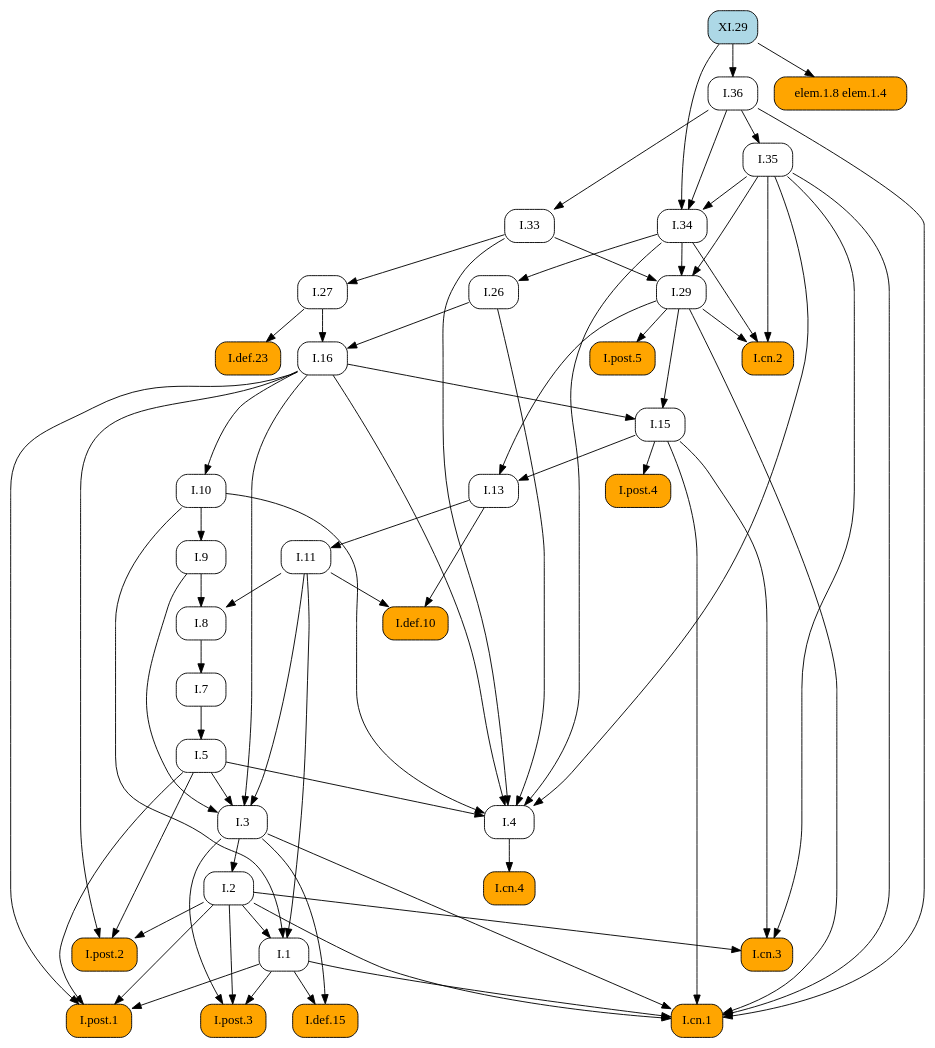
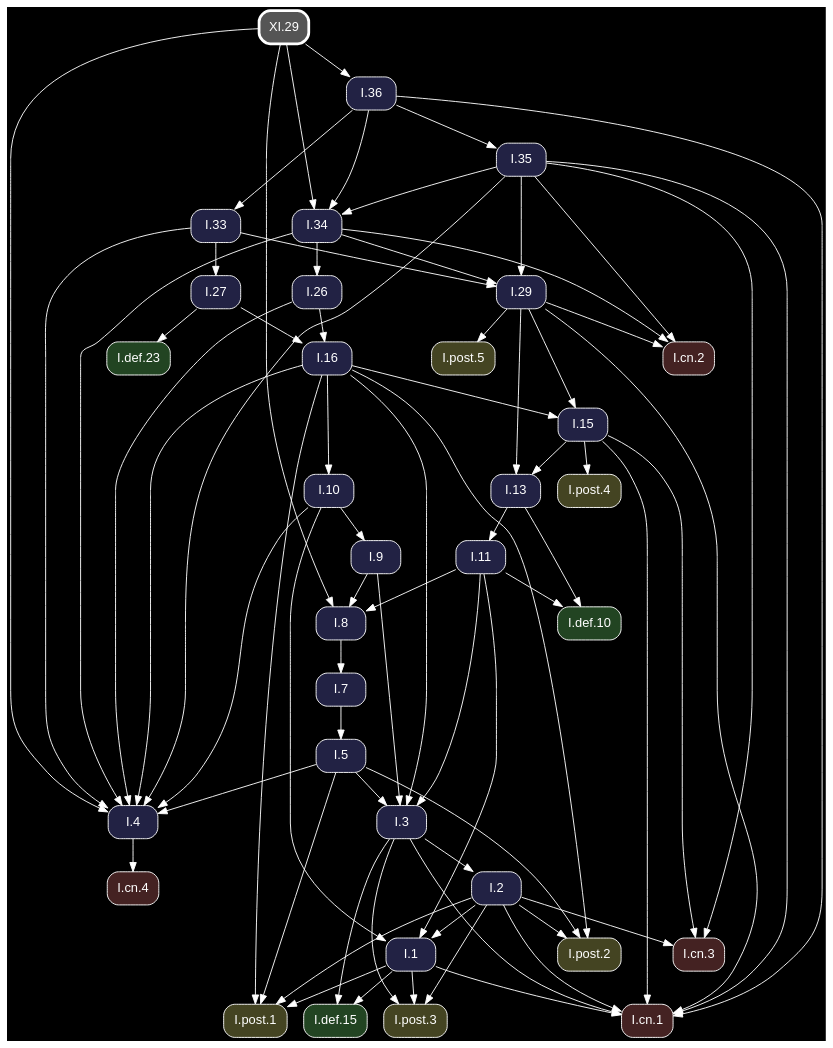
Before and after one commit to geometor/elements: the diagram in docsrc/heath/XI/29/index.rst, drawn with Graphviz. The commit also changed other lines of this file and 1200 other files, not shown here.

Commit message:
update dependency graphs

```diff
--- a/docsrc/heath/XI/29/index.rst
+++ b/docsrc/heath/XI/29/index.rst
@@ -39,65 +39,47 @@
 .. graphviz::
 
    digraph {
+     bgcolor="black";
+     node [shape=box, style="rounded,filled", fontname="Helvetica", color="white", fontcolor="white"];
+     edge [color="white", fontcolor="white"];
      rankdir="TB";
-     node [shape=box, style=rounded];
-     "I.9" [URL="/heath/I/9/", target="_top"];
-     "I.33" [URL="/heath/I/33/", target="_top"];
-     "I.def.15" [style="rounded,filled", fillcolor=orange, URL="/heath/I/def.15/", target="_top"];
-     "I.post.3" [style="rounded,filled", fillcolor=orange, URL="/heath/I/post.3/", target="_top"];
-     "I.post.1" [style="rounded,filled", fillcolor=orange, URL="/heath/I/post.1/", target="_top"];
-     "I.def.10" [style="rounded,filled", fillcolor=orange, URL="/heath/I/def.10/", target="_top"];
-     "elem.1.8 elem.1.4" [style="rounded,filled", fillcolor=orange];
-     "I.27" [URL="/heath/I/27/", target="_top"];
-     "I.34" [URL="/heath/I/34/", target="_top"];
-     "I.3" [URL="/heath/I/3/", target="_top"];
-     "I.35" [URL="/heath/I/35/", target="_top"];
-     "I.cn.1" [style="rounded,filled", fillcolor=orange, URL="/heath/I/cn.1/", target="_top"];
-     "I.7" [URL="/heath/I/7/", target="_top"];
-     "I.2" [URL="/heath/I/2/", target="_top"];
-     "I.36" [URL="/heath/I/36/", target="_top"];
-     "I.13" [URL="/heath/I/13/", target="_top"];
-     "I.post.4" [style="rounded,filled", fillcolor=orange, URL="/heath/I/post.4/", target="_top"];
-     "I.4" [URL="/heath/I/4/", target="_top"];
-     "I.1" [URL="/heath/I/1/", target="_top"];
-     "I.5" [URL="/heath/I/5/", target="_top"];
-     "I.8" [URL="/heath/I/8/", target="_top"];
-     "I.cn.3" [style="rounded,filled", fillcolor=orange, URL="/heath/I/cn.3/", target="_top"];
-     "I.29" [URL="/heath/I/29/", target="_top"];
-     "I.16" [URL="/heath/I/16/", target="_top"];
-     "I.15" [URL="/heath/I/15/", target="_top"];
-     "XI.29" [style="rounded,filled", fillcolor=lightblue, URL="/heath/XI/29/", target="_top"];
-     "I.10" [URL="/heath/I/10/", target="_top"];
-     "I.11" [URL="/heath/I/11/", target="_top"];
-     "I.def.23" [style="rounded,filled", fillcolor=orange, URL="/heath/I/def.23/", target="_top"];
-     "I.cn.2" [style="rounded,filled", fillcolor=orange, URL="/heath/I/cn.2/", target="_top"];
-     "I.post.5" [style="rounded,filled", fillcolor=orange, URL="/heath/I/post.5/", target="_top"];
-     "I.cn.4" [style="rounded,filled", fillcolor=orange, URL="/heath/I/cn.4/", target="_top"];
-     "I.post.2" [style="rounded,filled", fillcolor=orange, URL="/heath/I/post.2/", target="_top"];
-     "I.26" [URL="/heath/I/26/", target="_top"];
-     "I.10" -> "I.9";
-     "I.36" -> "I.33";
-     "I.1" -> "I.def.15";
-     "I.3" -> "I.def.15";
-     "I.1" -> "I.post.3";
-     "I.2" -> "I.post.3";
-     "I.3" -> "I.post.3";
-     "I.1" -> "I.post.1";
-     "I.2" -> "I.post.1";
-     "I.5" -> "I.post.1";
-     "I.16" -> "I.post.1";
-     "I.11" -> "I.def.10";
-     "I.13" -> "I.def.10";
-     "XI.29" -> "elem.1.8 elem.1.4";
-     "I.33" -> "I.27";
-     "I.35" -> "I.34";
-     "I.36" -> "I.34";
-     "XI.29" -> "I.34";
+     "I.3" [fillcolor="#222244", URL="/heath/I/3/", target="_top"];
+     "I.cn.1" [fillcolor="#442222", URL="/heath/I/cn.1/", target="_top"];
+     "I.def.10" [fillcolor="#224422", URL="/heath/I/def.10/", target="_top"];
+     "I.15" [fillcolor="#222244", URL="/heath/I/15/", target="_top"];
+     "I.13" [fillcolor="#222244", URL="/heath/I/13/", target="_top"];
+     "I.27" [fillcolor="#222244", URL="/heath/I/27/", target="_top"];
+     "I.2" [fillcolor="#222244", URL="/heath/I/2/", target="_top"];
+     "I.cn.2" [fillcolor="#442222", URL="/heath/I/cn.2/", target="_top"];
+     "I.9" [fillcolor="#222244", URL="/heath/I/9/", target="_top"];
+     "I.1" [fillcolor="#222244", URL="/heath/I/1/", target="_top"];
+     "I.post.5" [fillcolor="#444422", URL="/heath/I/post.5/", target="_top"];
+     "I.post.4" [fillcolor="#444422", URL="/heath/I/post.4/", target="_top"];
+     "I.26" [fillcolor="#222244", URL="/heath/I/26/", target="_top"];
+     "I.8" [fillcolor="#222244", URL="/heath/I/8/", target="_top"];
+     "I.4" [fillcolor="#222244", URL="/heath/I/4/", target="_top"];
+     "I.7" [fillcolor="#222244", URL="/heath/I/7/", target="_top"];
+     "I.5" [fillcolor="#222244", URL="/heath/I/5/", target="_top"];
+     "I.10" [fillcolor="#222244", URL="/heath/I/10/", target="_top"];
+     "I.post.1" [fillcolor="#444422", URL="/heath/I/post.1/", target="_top"];
+     "XI.29" [penwidth=3, color="white", fillcolor="#555555", URL="/heath/XI/29/", target="_top"];
+     "I.11" [fillcolor="#222244", URL="/heath/I/11/", target="_top"];
+     "I.16" [fillcolor="#222244", URL="/heath/I/16/", target="_top"];
+     "I.cn.3" [fillcolor="#442222", URL="/heath/I/cn.3/", target="_top"];
+     "I.36" [fillcolor="#222244", URL="/heath/I/36/", target="_top"];
+     "I.29" [fillcolor="#222244", URL="/heath/I/29/", target="_top"];
+     "I.post.2" [fillcolor="#444422", URL="/heath/I/post.2/", target="_top"];
+     "I.cn.4" [fillcolor="#442222", URL="/heath/I/cn.4/", target="_top"];
+     "I.def.23" [fillcolor="#224422", URL="/heath/I/def.23/", target="_top"];
+     "I.35" [fillcolor="#222244", URL="/heath/I/35/", target="_top"];
+     "I.post.3" [fillcolor="#444422", URL="/heath/I/post.3/", target="_top"];
+     "I.33" [fillcolor="#222244", URL="/heath/I/33/", target="_top"];
+     "I.34" [fillcolor="#222244", URL="/heath/I/34/", target="_top"];
+     "I.def.15" [fillcolor="#224422", URL="/heath/I/def.15/", target="_top"];
      "I.5" -> "I.3";
      "I.9" -> "I.3";
      "I.11" -> "I.3";
      "I.16" -> "I.3";
-     "I.36" -> "I.35";
      "I.1" -> "I.cn.1";
      "I.2" -> "I.cn.1";
      "I.3" -> "I.cn.1";
@@ -105,12 +87,27 @@
      "I.29" -> "I.cn.1";
      "I.35" -> "I.cn.1";
      "I.36" -> "I.cn.1";
-     "I.8" -> "I.7";
-     "I.3" -> "I.2";
-     "XI.29" -> "I.36";
+     "I.11" -> "I.def.10";
+     "I.13" -> "I.def.10";
+     "I.16" -> "I.15";
+     "I.29" -> "I.15";
      "I.15" -> "I.13";
      "I.29" -> "I.13";
+     "I.33" -> "I.27";
+     "I.3" -> "I.2";
+     "I.29" -> "I.cn.2";
+     "I.34" -> "I.cn.2";
+     "I.35" -> "I.cn.2";
+     "I.10" -> "I.9";
+     "I.2" -> "I.1";
+     "I.10" -> "I.1";
+     "I.11" -> "I.1";
+     "I.29" -> "I.post.5";
      "I.15" -> "I.post.4";
+     "I.34" -> "I.26";
+     "I.9" -> "I.8";
+     "I.11" -> "I.8";
+     "XI.29" -> "I.8";
      "I.5" -> "I.4";
      "I.10" -> "I.4";
      "I.16" -> "I.4";
@@ -118,32 +115,37 @@
      "I.33" -> "I.4";
      "I.34" -> "I.4";
      "I.35" -> "I.4";
-     "I.2" -> "I.1";
-     "I.10" -> "I.1";
-     "I.11" -> "I.1";
+     "XI.29" -> "I.4";
+     "I.8" -> "I.7";
      "I.7" -> "I.5";
-     "I.9" -> "I.8";
-     "I.11" -> "I.8";
+     "I.16" -> "I.10";
+     "I.1" -> "I.post.1";
+     "I.2" -> "I.post.1";
+     "I.5" -> "I.post.1";
+     "I.16" -> "I.post.1";
+     "I.13" -> "I.11";
+     "I.26" -> "I.16";
+     "I.27" -> "I.16";
      "I.2" -> "I.cn.3";
      "I.15" -> "I.cn.3";
      "I.35" -> "I.cn.3";
+     "XI.29" -> "I.36";
      "I.33" -> "I.29";
      "I.34" -> "I.29";
      "I.35" -> "I.29";
-     "I.26" -> "I.16";
-     "I.27" -> "I.16";
-     "I.16" -> "I.15";
-     "I.29" -> "I.15";
-     "I.16" -> "I.10";
-     "I.13" -> "I.11";
-     "I.27" -> "I.def.23";
-     "I.29" -> "I.cn.2";
-     "I.34" -> "I.cn.2";
-     "I.35" -> "I.cn.2";
-     "I.29" -> "I.post.5";
-     "I.4" -> "I.cn.4";
      "I.2" -> "I.post.2";
      "I.5" -> "I.post.2";
      "I.16" -> "I.post.2";
-     "I.34" -> "I.26";
+     "I.4" -> "I.cn.4";
+     "I.27" -> "I.def.23";
+     "I.36" -> "I.35";
+     "I.1" -> "I.post.3";
+     "I.2" -> "I.post.3";
+     "I.3" -> "I.post.3";
+     "I.36" -> "I.33";
+     "I.35" -> "I.34";
+     "I.36" -> "I.34";
+     "XI.29" -> "I.34";
+     "I.1" -> "I.def.15";
+     "I.3" -> "I.def.15";
    }
```
